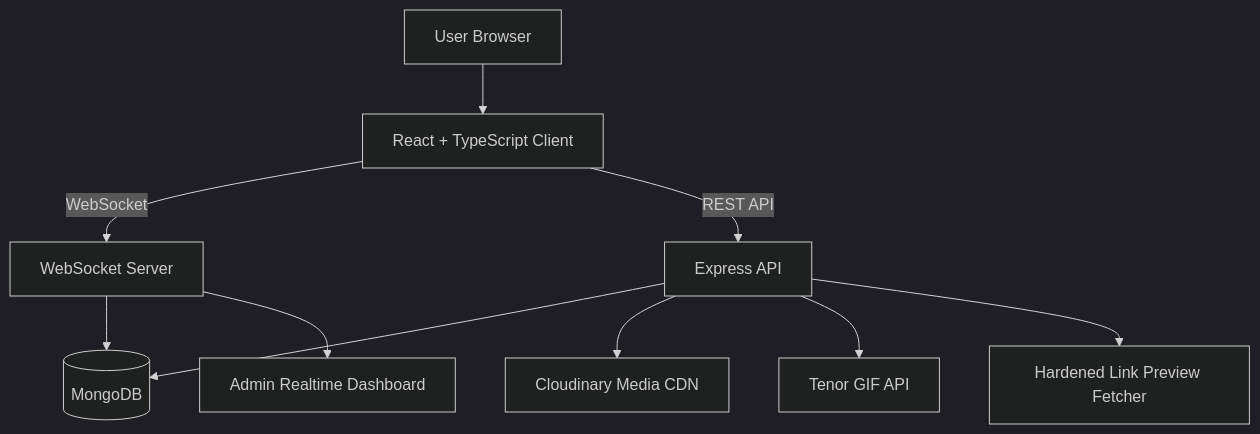
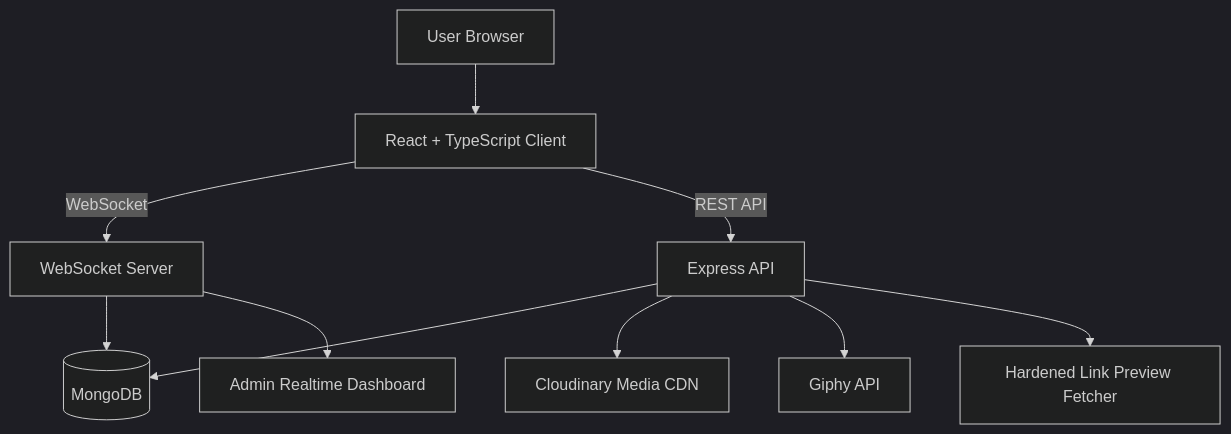
One commit to 2harshpandey/pulse-chat changed the diagram in README.md. Above: the diagram before and after it, drawn with Mermaid (dark theme). The commit also changed other lines of this file and 8 other files, not shown here.

````diff
--- a/README.md
+++ b/README.md
@@ -270,12 +270,12 @@
 ```mermaid
 flowchart TB
   User[User Browser] --> React[React + TypeScript Client]
   React -->|WebSocket| WS[WebSocket Server]
   React -->|REST API| API[Express API]
   API --> Mongo[(MongoDB)]
   WS --> Mongo
   API --> Cloudinary[Cloudinary Media CDN]
-  API --> Tenor[Tenor GIF API]
+  API --> Giphy[Giphy API]
   API --> Preview[Hardened Link Preview Fetcher]
   WS --> Admin[Admin Realtime Dashboard]
 ```
````
